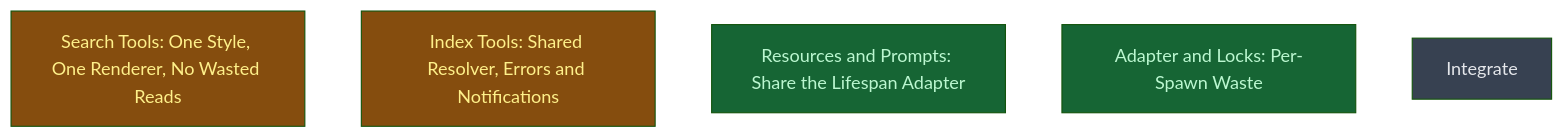
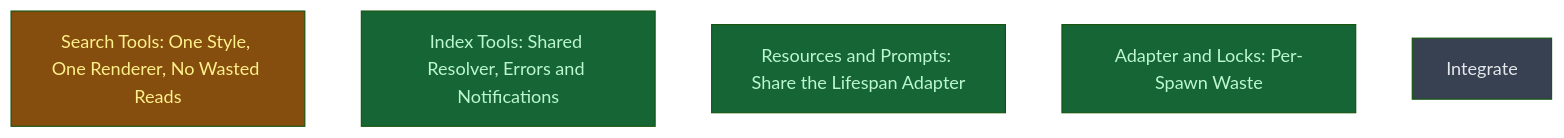
The diagram in __roadmap__/consistency/README.md (CrackingShells/colgrep-mcp), drawn with Mermaid (forest theme) before and after one commit. The commit also changed other lines of this file, not shown here.

Commit message:
docs(roadmap): record index_tools as done and merged

````diff
--- a/__roadmap__/consistency/README.md
+++ b/__roadmap__/consistency/README.md
@@ -35,13 +35,13 @@
 ```mermaid
 graph TD
     search_tools[Search Tools: One Style, One Renderer, No Wasted Reads]:::inprogress
-    index_tools[Index Tools: Shared Resolver, Errors and Notifications]:::inprogress
+    index_tools[Index Tools: Shared Resolver, Errors and Notifications]:::done
     context_free_handlers[Resources and Prompts: Share the Lifespan Adapter]:::done
     adapter_hygiene[Adapter and Locks: Per-Spawn Waste]:::done
     integrate[Integrate]:::planned
     classDef done       fill:#166534,color:#bbf7d0
     classDef inprogress fill:#854d0e,color:#fef08a
     classDef planned    fill:#374151,color:#e5e7eb
     classDef amendment  fill:#1e3a5f,color:#bfdbfe
     classDef blocked    fill:#7f1d1d,color:#fecaca
 ```
````
